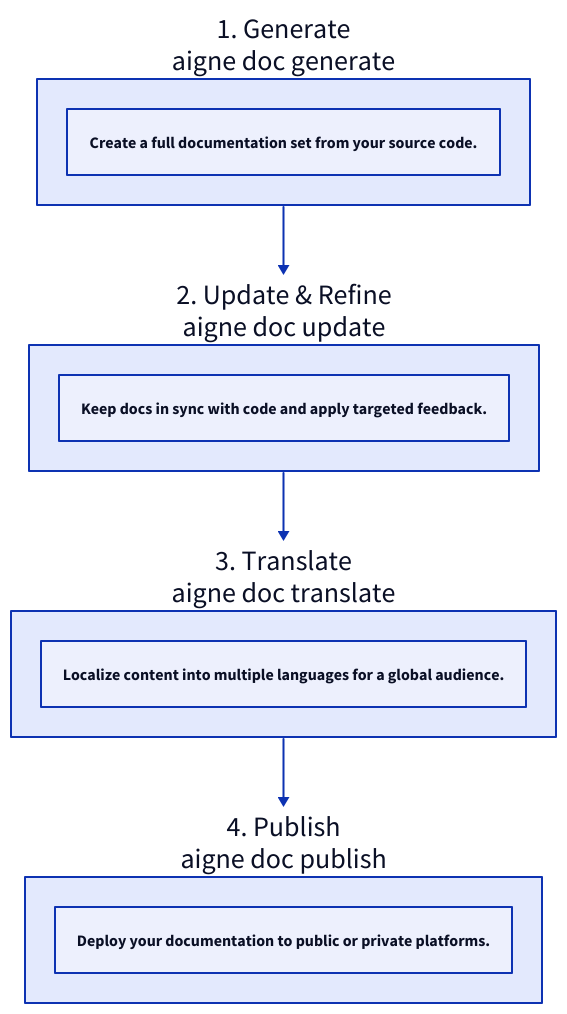
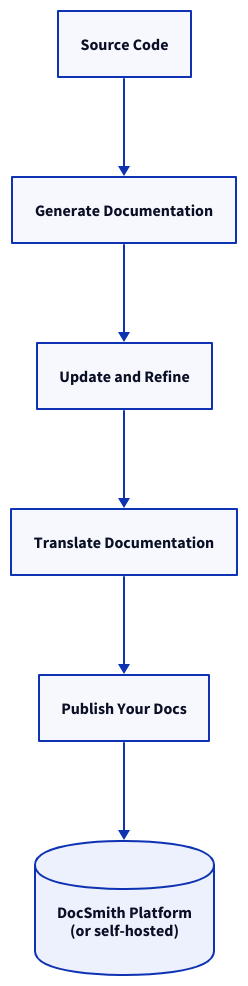
Before and after one commit to AIGNE-io/aigne-doc-smith: the diagram in docs/features.md, drawn with D2. The commit also changed other lines of this file and 84 other files, not shown here.

````diff
--- a/docs/features.md
+++ b/docs/features.md
@@ -5,29 +5,39 @@
 ```d2
 direction: down
 
-Generate: {
-  label: "1. Generate\naigne doc generate"
+source-code: {
+  label: "Source Code"
   shape: rectangle
-  description: "Create a full documentation set from your source code."
 }
 
-Refine: {
-  label: "2. Update & Refine\naigne doc update"
+generate-documentation: {
+  label: "Generate Documentation"
   shape: rectangle
-  description: "Keep docs in sync with code and apply targeted feedback."
 }
 
-Translate: {
-  label: "3. Translate\naigne doc translate"
+update-and-refine: {
+  label: "Update and Refine"
   shape: rectangle
-  description: "Localize content into multiple languages for a global audience."
 }
 
-Publish: {
-  label: "4. Publish\naigne doc publish"
+translate-documentation: {
+  label: "Translate Documentation"
   shape: rectangle
-  description: "Deploy your documentation to public or private platforms."
 }
 
-Generate -> Refine -> Translate -> Publish
+publish-docs: {
+  label: "Publish Your Docs"
+  shape: rectangle
+}
+
+platform: {
+  label: "DocSmith Platform\n(or self-hosted)"
+  shape: cylinder
+}
+
+source-code -> generate-documentation
+generate-documentation -> update-and-refine
+update-and-refine -> translate-documentation
+translate-documentation -> publish-docs
+publish-docs -> platform
 ```
````
